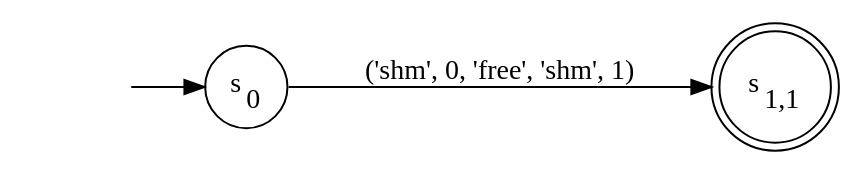
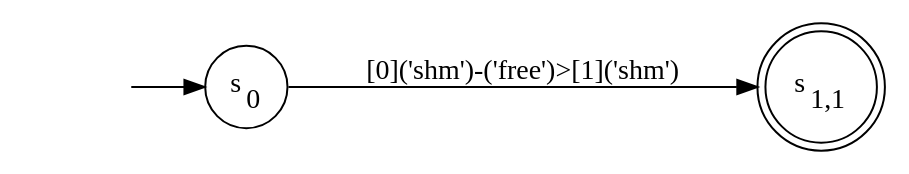
The diagram in dot/provenance_shm_free_security_nfa.dot (TinkerBellSystem/graph-matching), drawn with Graphviz before and after one commit. The commit also changed 185 other files, not shown here.

```diff
--- a/dot/provenance_shm_free_security_nfa.dot
+++ b/dot/provenance_shm_free_security_nfa.dot
@@ -1,8 +1,8 @@
 digraph NFA {
     rankdir = LR;
     I [style = invis];
     I -> S0;
     S0 [label = <s<sub>0</sub>>, shape = circle];
     S1 [label = <s<sub>1,1</sub>>, shape = circle, peripheries = 2];
-    S0 -> S1 [label = "('shm', 0, 'free', 'shm', 1)"];
+    S0 -> S1 [label = "[0]('shm')-('free')>[1]('shm')"];
 }
```
